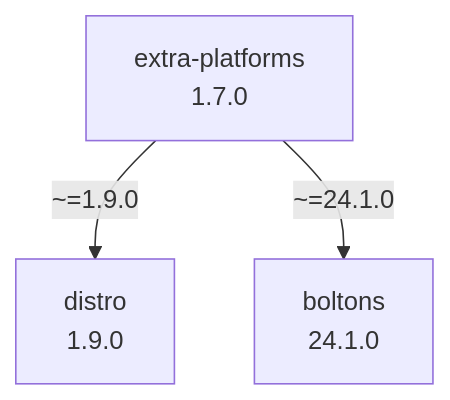
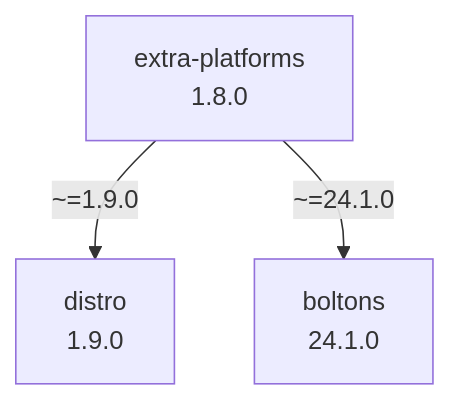
One commit to kdeldycke/extra-platforms changed the diagram in docs/assets/dependencies.mmd. Above: the diagram before and after it, drawn with Mermaid.

Commit message:
[autofix] Regenerate dependency graph

```diff
--- a/docs/assets/dependencies.mmd
+++ b/docs/assets/dependencies.mmd
@@ -1,7 +1,7 @@
 flowchart TD
     classDef missing stroke-dasharray: 5
     boltons["boltons\n24.1.0"]
     distro["distro\n1.9.0"]
-    extra-platforms["extra-platforms\n1.7.0"]
+    extra-platforms["extra-platforms\n1.8.0"]
     extra-platforms -- "~=1.9.0" --> distro
     extra-platforms -- "~=24.1.0" --> boltons
```
